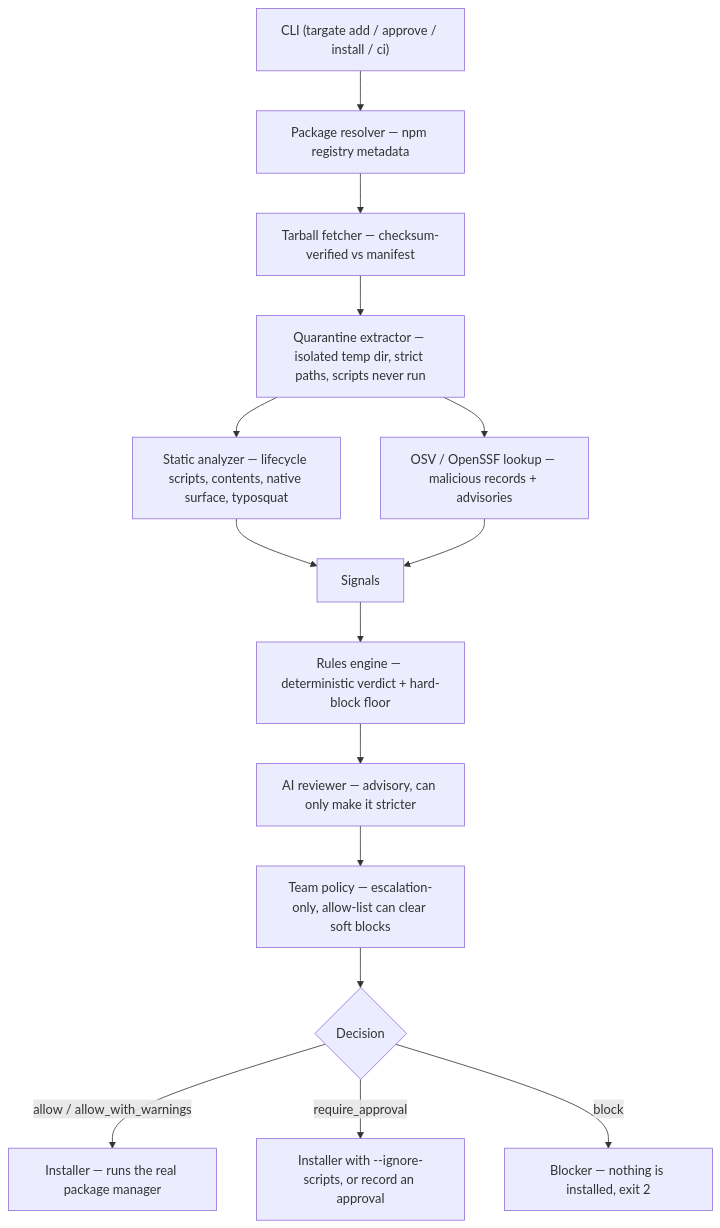
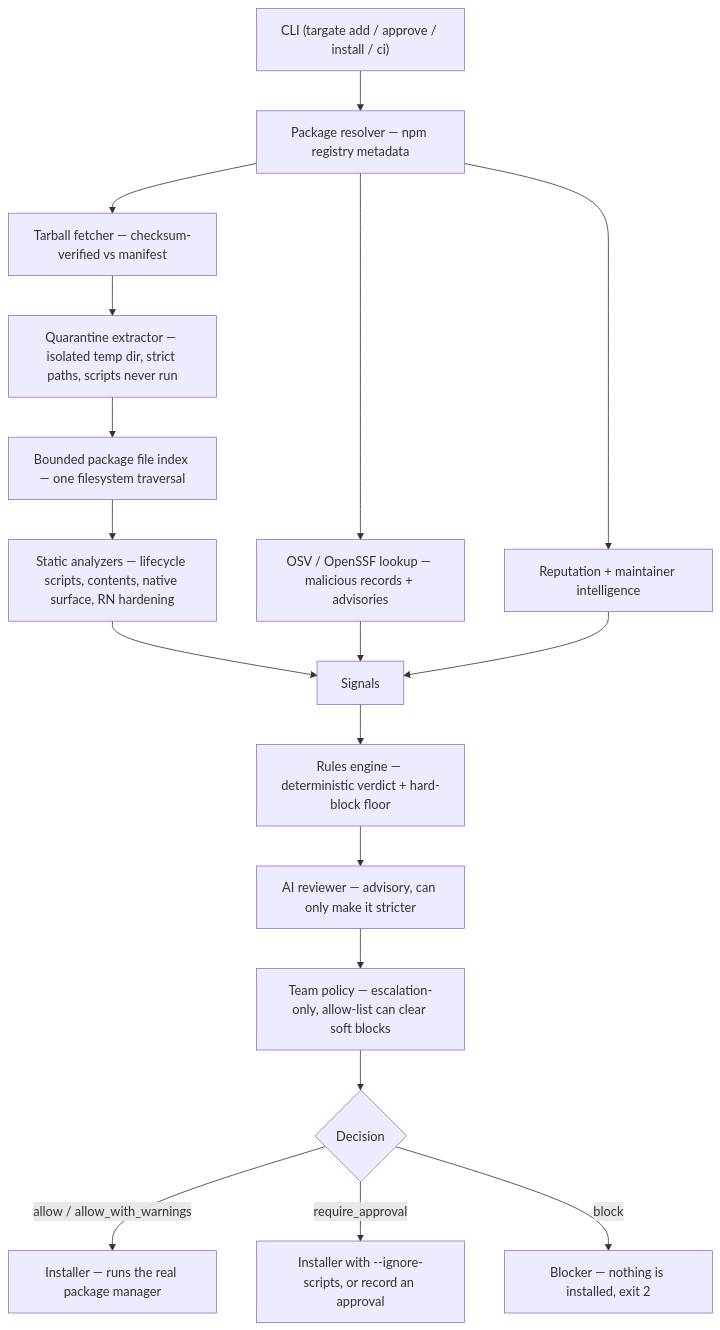
Before and after one commit to marcoabate-ck/targate: the diagram in docs/architecture.md, drawn with Mermaid. The commit also changed other lines of this file and 34 other files, not shown here.

````diff
--- a/docs/architecture.md
+++ b/docs/architecture.md
@@ -9,17 +9,20 @@
 ```mermaid
 flowchart TD
   CLI["CLI (targate add / approve / install / ci)"] --> RES[Package resolver — npm registry metadata]
   RES --> FET[Tarball fetcher — checksum-verified vs manifest]
+  RES --> OSV["OSV / OpenSSF lookup — malicious records + advisories"]
+  RES --> REP[Reputation + maintainer intelligence]
   FET --> QUA["Quarantine extractor — isolated temp dir, strict paths, scripts never run"]
-  QUA --> STAT["Static analyzer — lifecycle scripts, contents, native surface, typosquat"]
-  QUA --> OSV["OSV / OpenSSF lookup — malicious records + advisories"]
+  QUA --> IDX["Bounded package file index — one filesystem traversal"]
+  IDX --> STAT["Static analyzers — lifecycle scripts, contents, native surface, RN hardening"]
   STAT --> SIG[Signals]
   OSV --> SIG
+  REP --> SIG
   SIG --> RULES["Rules engine — deterministic verdict + hard-block floor"]
   RULES --> AI["AI reviewer — advisory, can only make it stricter"]
   AI --> POL["Team policy — escalation-only, allow-list can clear soft blocks"]
   POL --> DEC{Decision}
   DEC -->|allow / allow_with_warnings| INST[Installer — runs the real package manager]
   DEC -->|require_approval| APPR["Installer with --ignore-scripts, or record an approval"]
   DEC -->|block| STOP[Blocker — nothing is installed, exit 2]
 ```
````
